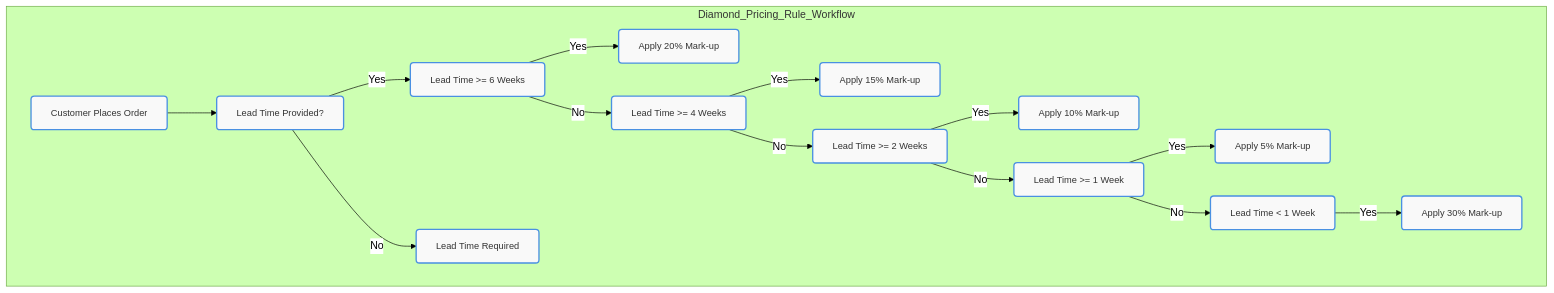
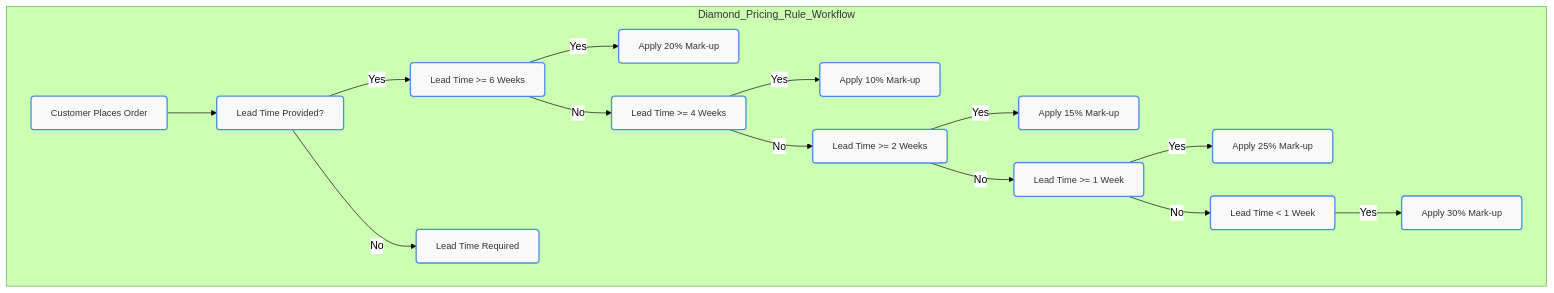
The second of 17 diagrams in README.md (TyGrim13/4WinnerFlows), drawn with Mermaid before and after one commit. The commit also changed other lines of this file, not shown here.

````diff
--- a/README.md
+++ b/README.md
@@ -178,37 +171,37 @@
 ```mermaid
 
 %%{init: {'theme': 'forest', 'themeVariables': { 'primaryColor': '#4a90e2', 'edgeLabelBackground': '#ffffff', 'tertiaryColor': '#f4f4f4', 'primaryBorderColor': '#333', 'primaryTextColor': '#333', 'fontFamily': 'Arial'}}}%%
 
 flowchart TD
     classDef default fill:#f9f9f9,stroke:#4a90e2,stroke-width:2px,color:#333,font-family:'Arial',font-size:14px,rx:5,ry:5;
 
     subgraph Diamond_Pricing_Rule_Workflow
         A1["Customer Places Order"]
         A2["Lead Time Provided?"]
         A3["Lead Time >= 6 Weeks"]
         A4["Apply 20% Mark-up"]
         A5["Lead Time >= 4 Weeks"]
-        A6["Apply 15% Mark-up"]
+        A6["Apply 10% Mark-up"]
         A7["Lead Time >= 2 Weeks"]
-        A8["Apply 10% Mark-up"]
+        A8["Apply 15% Mark-up"]
         A9["Lead Time >= 1 Week"]
-        A10["Apply 5% Mark-up"]
+        A10["Apply 25% Mark-up"]
         A11["Lead Time < 1 Week"]
         A12["Apply 30% Mark-up"]
         A13["Lead Time Required"]
     end
     
     A1 --> A2
     A2 -- Yes --> A3
     A2 -- No --> A13
     A3 -- Yes --> A4
     A3 -- No --> A5
     A5 -- Yes --> A6
     A5 -- No --> A7
     A7 -- Yes --> A8
     A7 -- No --> A9
     A9 -- Yes --> A10
     A9 -- No --> A11
     A11 -- Yes --> A12
 
 ```
````
